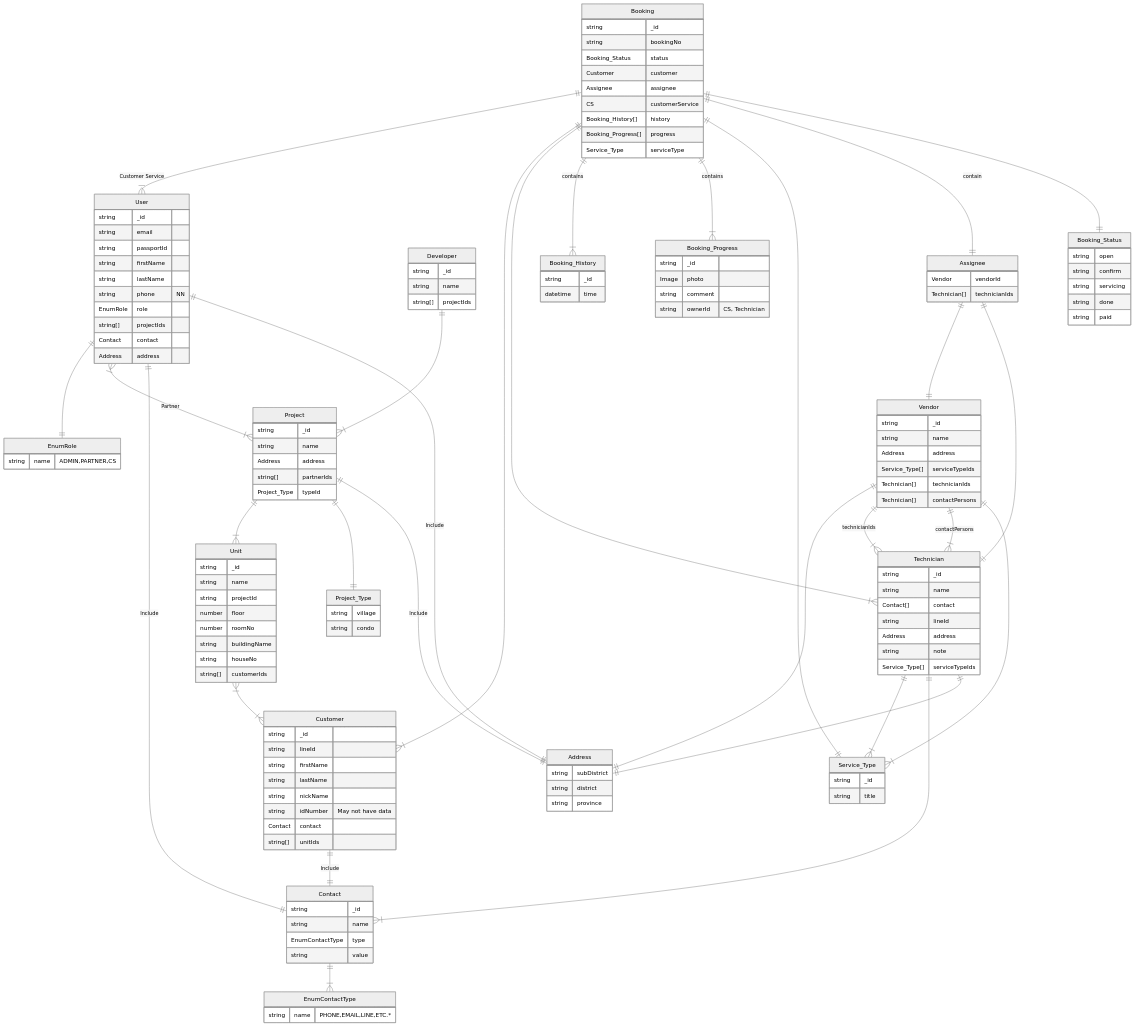
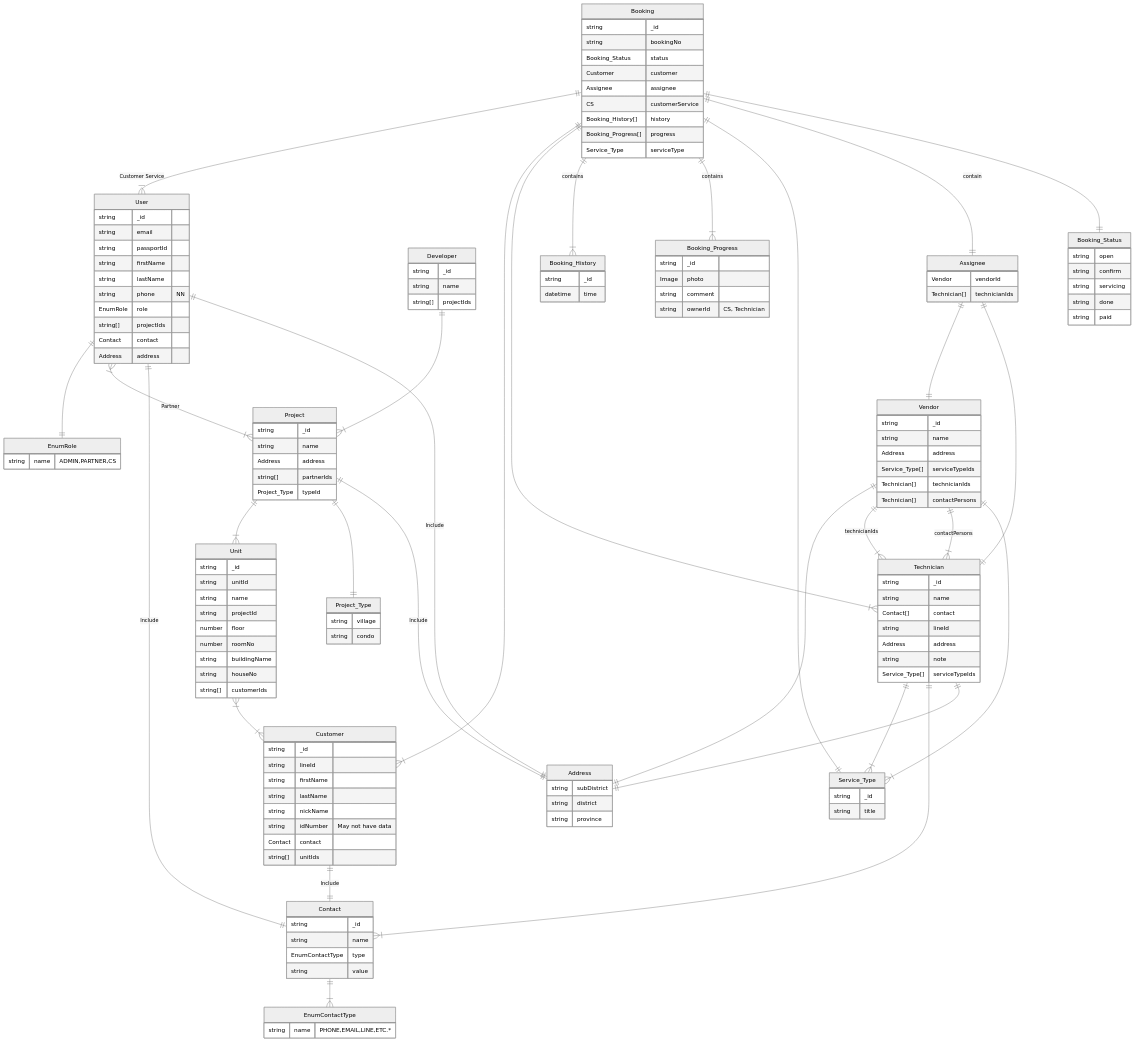
The diagram in diagram.md (codehype-tech/chang-fe), drawn with Mermaid (neutral theme) before and after one commit.

Commit message:
feat : add unitId to unit

```diff
--- a/diagram.md
+++ b/diagram.md
@@ -75,6 +75,7 @@
 
     Unit {
       string _id
+      string unitId
       string name
       string projectId
       number floor
```
